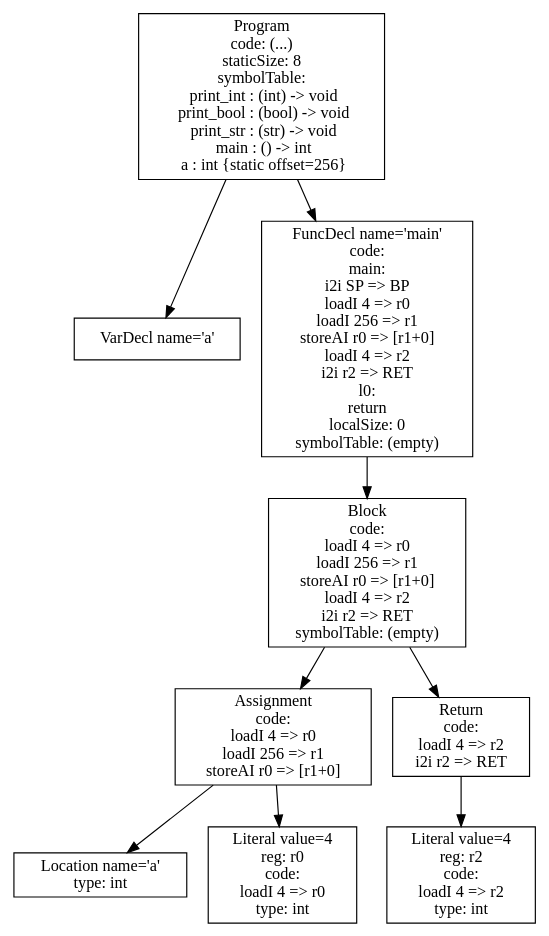
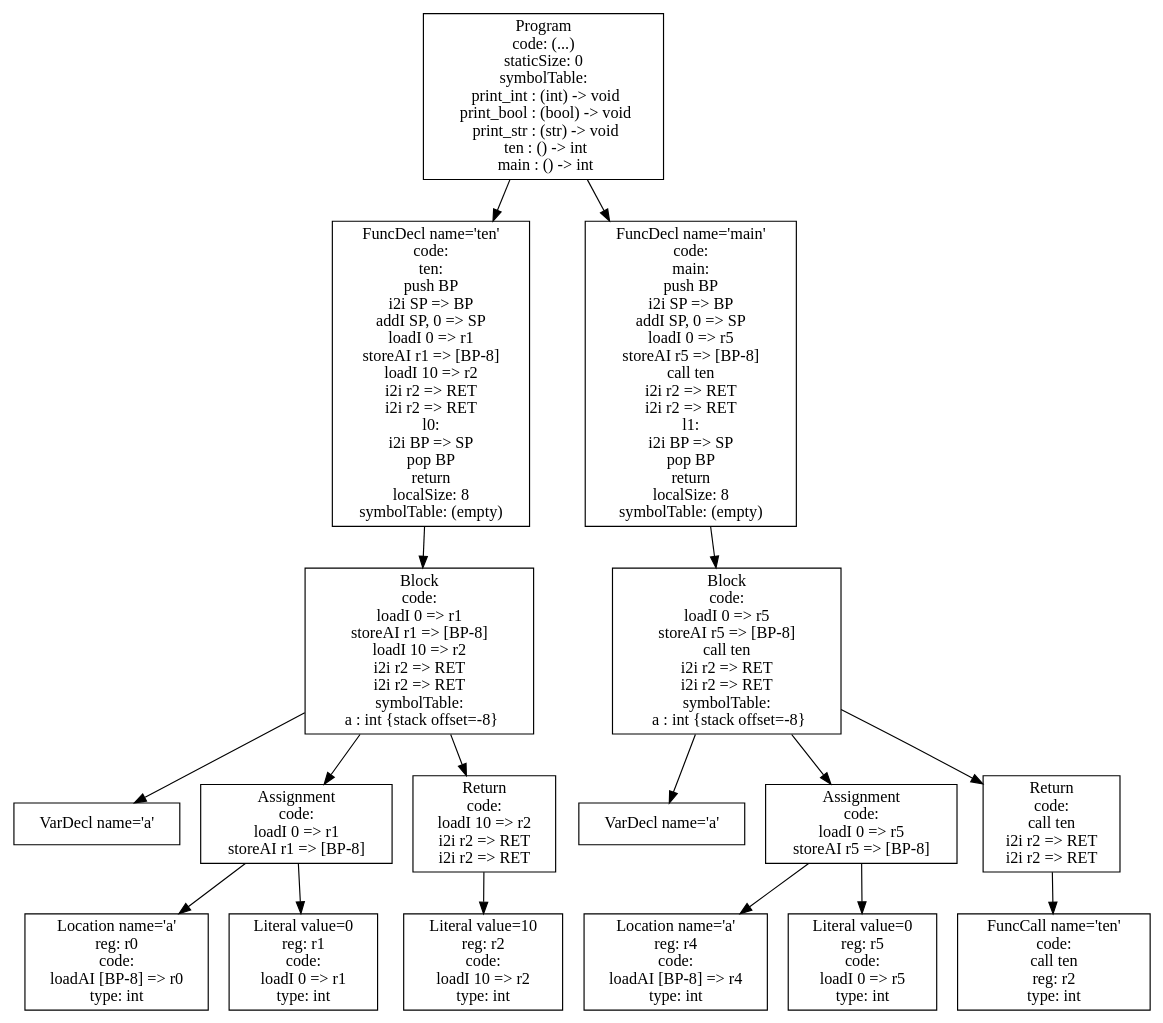
Before and after one commit to ecila1011/P4: the diagram in ast.dot, drawn with Graphviz. The commit also changed 14 other files, not shown here.

```diff
--- a/ast.dot
+++ b/ast.dot
@@ -1,19 +1,35 @@
 digraph AST {
-1 [shape=box, label="VarDecl name='a'"];
-5 [shape=box, label="Location name='a'\ntype: int"];
-6 [shape=box, label="Literal value=4\nreg: r0\ncode: \nloadI 4 => r0\ntype: int"];
-4 [shape=box, label="Assignment\ncode: \nloadI 4 => r0\nloadI 256 => r1\nstoreAI r0 => [r1+0]"];
+3 [shape=box, label="VarDecl name='a'"];
+5 [shape=box, label="Location name='a'\nreg: r0\ncode: \nloadAI [BP-8] => r0\ntype: int"];
+6 [shape=box, label="Literal value=0\nreg: r1\ncode: \nloadI 0 => r1\ntype: int"];
+4 [shape=box, label="Assignment\ncode: \nloadI 0 => r1\nstoreAI r1 => [BP-8]"];
 4 -> 5;
 4 -> 6;
-8 [shape=box, label="Literal value=4\nreg: r2\ncode: \nloadI 4 => r2\ntype: int"];
-7 [shape=box, label="Return\ncode: \nloadI 4 => r2\ni2i r2 => RET"];
+8 [shape=box, label="Literal value=10\nreg: r2\ncode: \nloadI 10 => r2\ntype: int"];
+7 [shape=box, label="Return\ncode: \nloadI 10 => r2\ni2i r2 => RET\ni2i r2 => RET"];
 7 -> 8;
-3 [shape=box, label="Block\ncode: \nloadI 4 => r0\nloadI 256 => r1\nstoreAI r0 => [r1+0]\nloadI 4 => r2\ni2i r2 => RET\nsymbolTable: (empty)"];
-3 -> 4;
-3 -> 7;
-2 [shape=box, label="FuncDecl name='main'\ncode: \nmain:\ni2i SP => BP\nloadI 4 => r0\nloadI 256 => r1\nstoreAI r0 => [r1+0]\nloadI 4 => r2\ni2i r2 => RET\nl0:\nreturn\nlocalSize: 0\nsymbolTable: (empty)"];
+2 [shape=box, label="Block\ncode: \nloadI 0 => r1\nstoreAI r1 => [BP-8]\nloadI 10 => r2\ni2i r2 => RET\ni2i r2 => RET\nsymbolTable: \n  a : int {stack offset=-8}"];
 2 -> 3;
-0 [shape=box, label="Program\ncode: (...)\nstaticSize: 8\nsymbolTable: \n  print_int : (int) -> void\n  print_bool : (bool) -> void\n  print_str : (str) -> void\n  main : () -> int\n  a : int {static offset=256}"];
+2 -> 4;
+2 -> 7;
+1 [shape=box, label="FuncDecl name='ten'\ncode: \nten:\npush BP\ni2i SP => BP\naddI SP, 0 => SP\nloadI 0 => r1\nstoreAI r1 => [BP-8]\nloadI 10 => r2\ni2i r2 => RET\ni2i r2 => RET\nl0:\ni2i BP => SP\npop BP\nreturn\nlocalSize: 8\nsymbolTable: (empty)"];
+1 -> 2;
+11 [shape=box, label="VarDecl name='a'"];
+13 [shape=box, label="Location name='a'\nreg: r4\ncode: \nloadAI [BP-8] => r4\ntype: int"];
+14 [shape=box, label="Literal value=0\nreg: r5\ncode: \nloadI 0 => r5\ntype: int"];
+12 [shape=box, label="Assignment\ncode: \nloadI 0 => r5\nstoreAI r5 => [BP-8]"];
+12 -> 13;
+12 -> 14;
+16 [shape=box, label="FuncCall name='ten'\ncode: \ncall ten\nreg: r2\ntype: int"];
+15 [shape=box, label="Return\ncode: \ncall ten\ni2i r2 => RET\ni2i r2 => RET"];
+15 -> 16;
+10 [shape=box, label="Block\ncode: \nloadI 0 => r5\nstoreAI r5 => [BP-8]\ncall ten\ni2i r2 => RET\ni2i r2 => RET\nsymbolTable: \n  a : int {stack offset=-8}"];
+10 -> 11;
+10 -> 12;
+10 -> 15;
+9 [shape=box, label="FuncDecl name='main'\ncode: \nmain:\npush BP\ni2i SP => BP\naddI SP, 0 => SP\nloadI 0 => r5\nstoreAI r5 => [BP-8]\ncall ten\ni2i r2 => RET\ni2i r2 => RET\nl1:\ni2i BP => SP\npop BP\nreturn\nlocalSize: 8\nsymbolTable: (empty)"];
+9 -> 10;
+0 [shape=box, label="Program\ncode: (...)\nstaticSize: 0\nsymbolTable: \n  print_int : (int) -> void\n  print_bool : (bool) -> void\n  print_str : (str) -> void\n  ten : () -> int\n  main : () -> int"];
 0 -> 1;
-0 -> 2;
+0 -> 9;
 }
```
